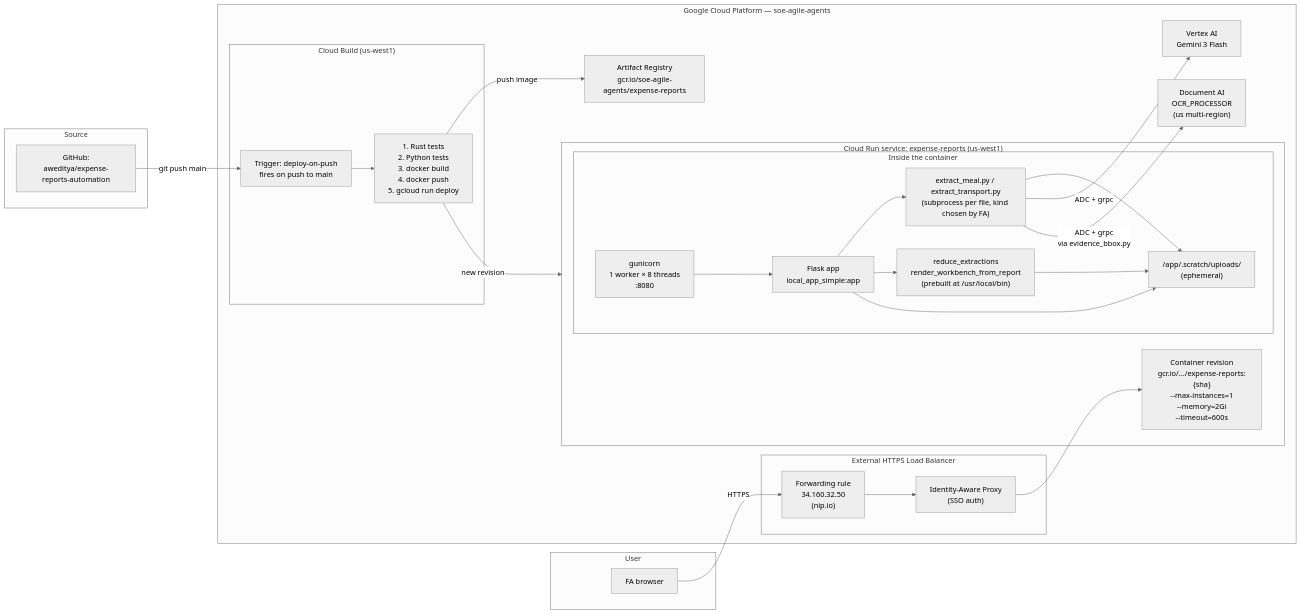
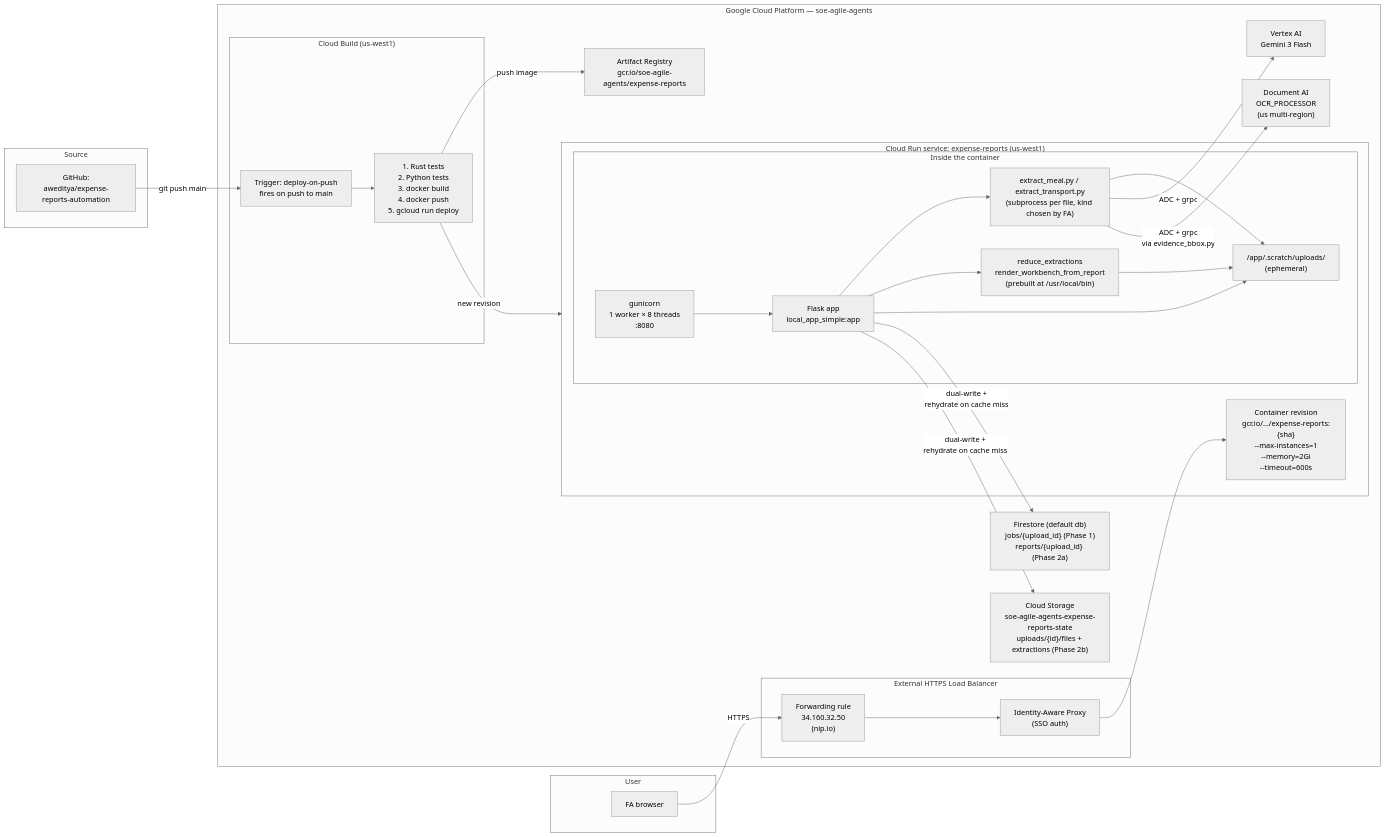
Before and after one commit to aweditya/expense-reports-automation: the fourth of 5 diagrams in docs/SPEC.md, drawn with Mermaid (neutral theme). The commit also changed other lines of this file, not shown here.

First line of the commit message:
docs(SPEC): durable store as 3-tier architecture (Phase 2 complete)

````diff
--- a/docs/SPEC.md
+++ b/docs/SPEC.md
@@ -254,54 +254,58 @@
 ```mermaid
 graph LR
     subgraph User["User"]
         Browser["FA browser"]
     end
 
     subgraph GCP["Google Cloud Platform — soe-agile-agents"]
         subgraph LB["External HTTPS Load Balancer"]
             LBFR["Forwarding rule<br/>34.160.32.50<br/>(nip.io)"]
             IAP["Identity-Aware Proxy<br/>(SSO auth)"]
         end
 
         subgraph CR["Cloud Run service: expense-reports (us-west1)"]
             Container["Container revision<br/>gcr.io/.../expense-reports:{sha}<br/>--max-instances=1<br/>--memory=2Gi<br/>--timeout=600s"]
             subgraph Process["Inside the container"]
                 Gunicorn["gunicorn<br/>1 worker × 8 threads<br/>:8080"]
                 Flask2["Flask app<br/>local_app_simple:app"]
                 PyExt["extract_meal.py / extract_transport.py<br/>(subprocess per file, kind chosen by FA)"]
                 RustBin["reduce_extractions<br/>render_workbench_from_report<br/>(prebuilt at /usr/local/bin)"]
                 Scratch["/app/.scratch/uploads/<br/>(ephemeral)"]
             end
         end
 
         Vertex["Vertex AI<br/>Gemini 3 Flash"]
         DocAI3["Document AI<br/>OCR_PROCESSOR<br/>(us multi-region)"]
         Registry["Artifact Registry<br/>gcr.io/soe-agile-agents/expense-reports"]
+        Firestore["Firestore (default db)<br/>jobs/{upload_id} (Phase 1)<br/>reports/{upload_id} (Phase 2a)"]
+        GCS["Cloud Storage<br/>soe-agile-agents-expense-reports-state<br/>uploads/{id}/files + extractions (Phase 2b)"]
 
         subgraph CB["Cloud Build (us-west1)"]
             Trigger["Trigger: deploy-on-push<br/>fires on push to main"]
             BuildSteps["1. Rust tests<br/>2. Python tests<br/>3. docker build<br/>4. docker push<br/>5. gcloud run deploy"]
         end
     end
 
     subgraph Source["Source"]
         GH["GitHub:<br/>aweditya/expense-reports-automation"]
     end
 
     Browser -->|HTTPS| LBFR
     LBFR --> IAP
     IAP --> Container
     Gunicorn --> Flask2
     Flask2 --> PyExt
     Flask2 --> RustBin
     Flask2 --> Scratch
     PyExt --> Scratch
     RustBin --> Scratch
     PyExt -->|ADC + grpc| Vertex
     PyExt -->|ADC + grpc<br/>via evidence_bbox.py| DocAI3
+    Flask2 -->|dual-write +<br/>rehydrate on cache miss| Firestore
+    Flask2 -->|dual-write +<br/>rehydrate on cache miss| GCS
 
     GH -->|git push main| Trigger
     Trigger --> BuildSteps
     BuildSteps -->|push image| Registry
     BuildSteps -->|new revision| CR
 ```
````
